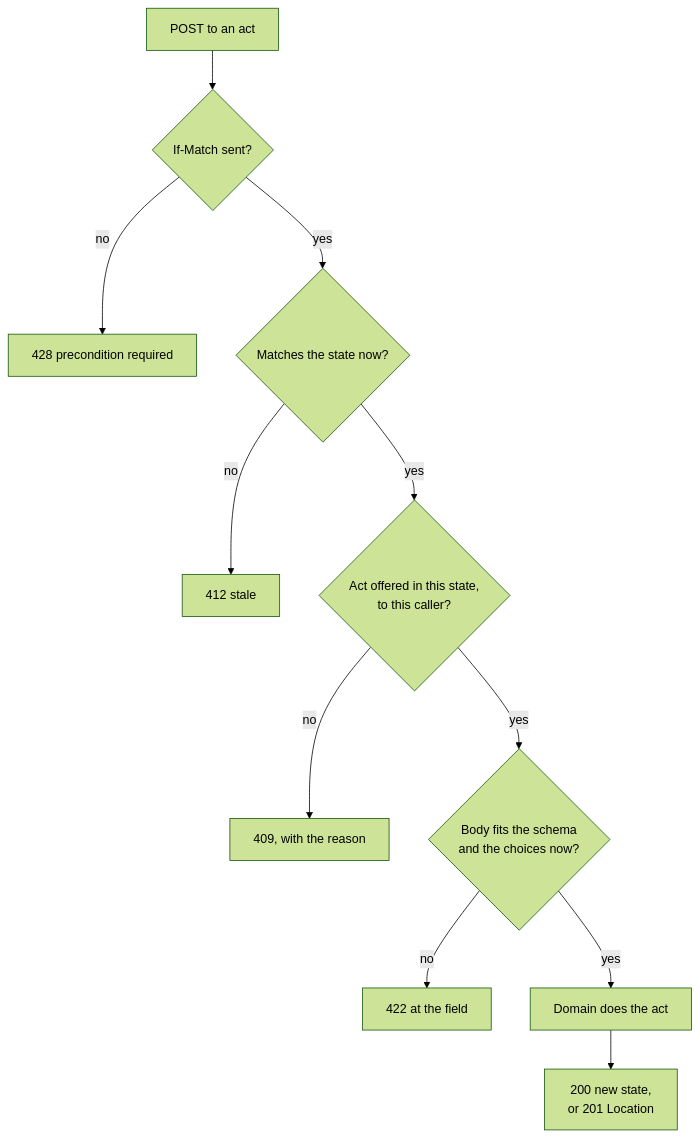
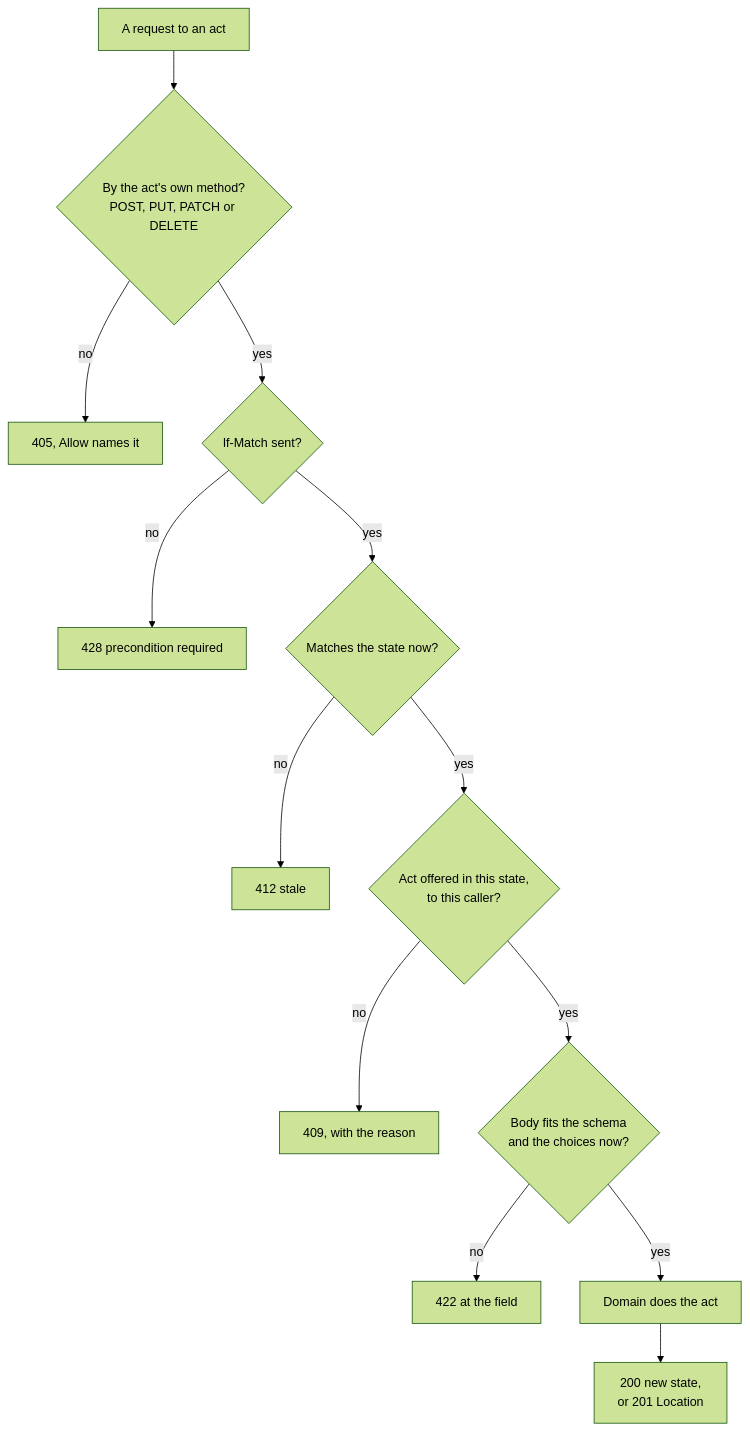
Before and after one commit to JogoShugh/heart-rise-artie: the sixth of 10 diagrams in docs/reports/architecture/diagrams.md, drawn with Mermaid (forest theme). The commit also changed other lines of this file and 6 other files, not shown here.

First line of the commit message:
Each act by its own method, live: the GitHub lock file re-recorded, and held strictly

````diff
--- a/docs/reports/architecture/diagrams.md
+++ b/docs/reports/architecture/diagrams.md
@@ -168,13 +168,15 @@
 ```mermaid
 flowchart TB
-  req["POST to an act"] --> pre{"If-Match sent?"}
+  req["A request to an act"] --> meth{"By the act's own method?<br/>POST, PUT, PATCH or DELETE"}
+  meth -- no --> e405["405, Allow names it"]
+  meth -- yes --> pre{"If-Match sent?"}
   pre -- no --> e428["428 precondition required"]
   pre -- yes --> fresh{"Matches the state now?"}
   fresh -- no --> e412["412 stale"]
   fresh -- yes --> offered{"Act offered in this state,<br/>to this caller?"}
   offered -- no --> e409["409, with the reason"]
   offered -- yes --> valid{"Body fits the schema<br/>and the choices now?"}
   valid -- no --> e422["422 at the field"]
   valid -- yes --> domain["Domain does the act"]
   domain --> ok["200 new state,<br/>or 201 Location"]
 ```
````
